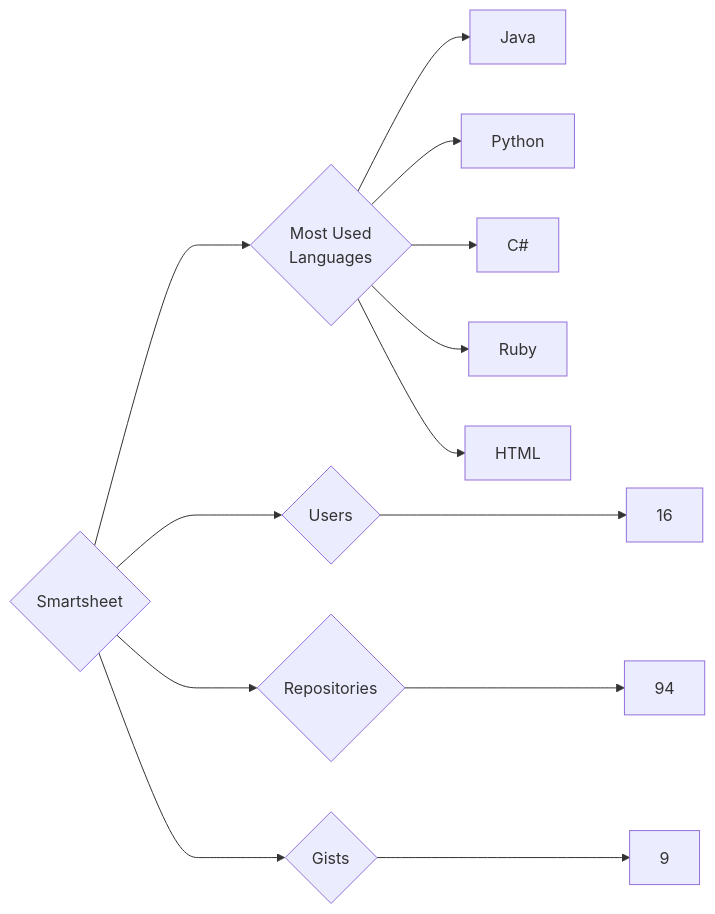
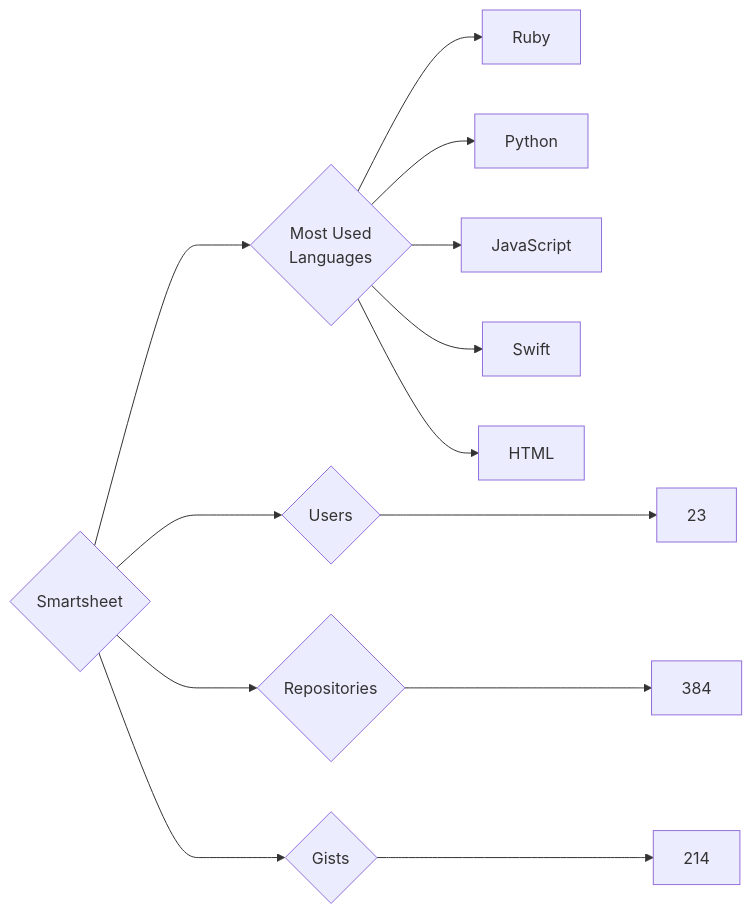
The diagram in targets/Smartsheet/README.md (trickest/insiders), drawn with Mermaid before and after one commit. The commit also changed 814 other files, not shown here.

````diff
--- a/targets/Smartsheet/README.md
+++ b/targets/Smartsheet/README.md
@@ -3,13 +3,13 @@
 ```mermaid
 graph LR
 COMPANY_NAME{Smartsheet}
-COMPANY_NAME ---> U{Users} ---> UN[16]
-COMPANY_NAME ---> R{Repositories} ---> RN[94]
-COMPANY_NAME ---> G{Gists} ---> GN[9]
+COMPANY_NAME ---> U{Users} ---> UN[23]
+COMPANY_NAME ---> R{Repositories} ---> RN[384]
+COMPANY_NAME ---> G{Gists} ---> GN[214]
 COMPANY_NAME ---> ML{Most Used<br>Languages}
-ML --> Java[Java]
+ML --> Ruby[Ruby]
 ML --> Python[Python]
-ML --> C#[C#]
-ML --> Ruby[Ruby]
+ML --> JavaScript[JavaScript]
+ML --> Swift[Swift]
 ML --> HTML[HTML]
 ```
````
